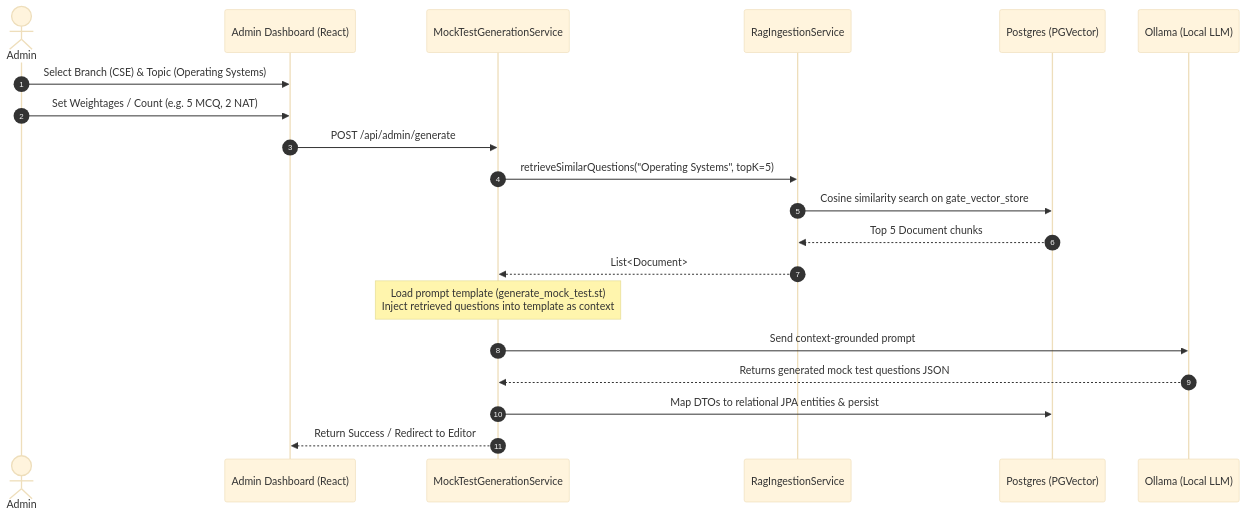
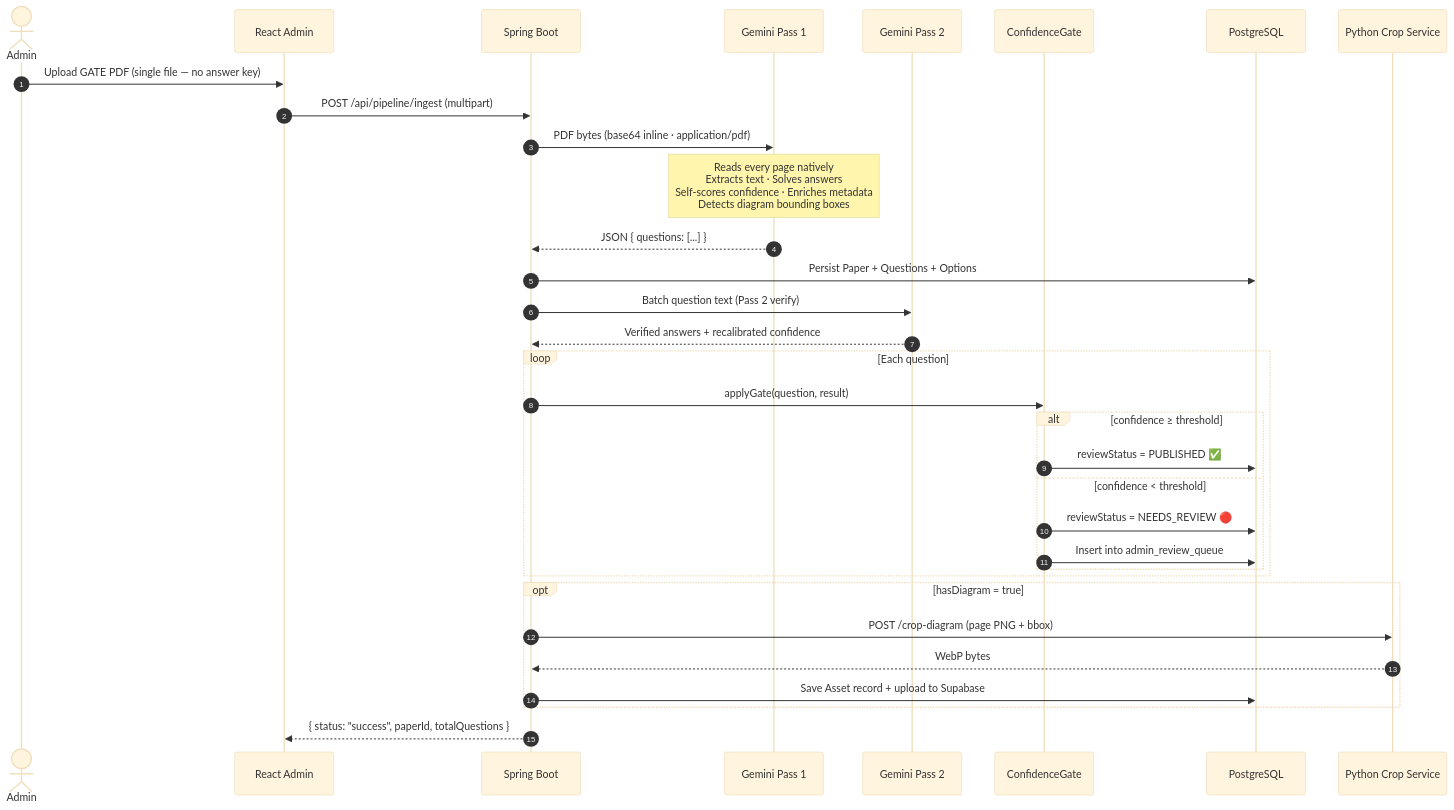
The third of 3 diagrams in README.md (piyush118-b/GateMockAI), drawn with Mermaid (base theme) before and after one commit. The commit also changed other lines of this file and 61 other files, not shown here.

````diff
--- a/README.md
+++ b/README.md
@@ -279,27 +153,36 @@
 ```mermaid
 sequenceDiagram
     autonumber
     actor Admin
-    participant UI as Admin Dashboard (React)
-    participant Ctrl as MockTestGenerationService
-    participant RAG as RagIngestionService
-    participant DB as Postgres (PGVector)
-    participant LLM as Ollama (Local LLM)
-    
-    Admin->>UI: Select Branch (CSE) & Topic (Operating Systems)
-    Admin->>UI: Set Weightages / Count (e.g. 5 MCQ, 2 NAT)
-    UI->>Ctrl: POST /api/admin/generate
-    
-    Ctrl->>RAG: retrieveSimilarQuestions("Operating Systems", topK=5)
-    RAG->>DB: Cosine similarity search on gate_vector_store
-    DB-->>RAG: Top 5 Document chunks
-    RAG-->>Ctrl: List<Document>
-    
-    Note over Ctrl: Load prompt template (generate_mock_test.st)<br/>Inject retrieved questions into template as context
-    
-    Ctrl->>LLM: Send context-grounded prompt
-    LLM-->>Ctrl: Returns generated mock test questions JSON
-    
-    Ctrl->>DB: Map DTOs to relational JPA entities & persist
-    Ctrl-->>UI: Return Success / Redirect to Editor
+    participant UI as React Admin
+    participant API as Spring Boot
+    participant G1 as Gemini Pass 1
+    participant G2 as Gemini Pass 2
+    participant Gate as ConfidenceGate
+    participant DB as PostgreSQL
+    participant Crop as Python Crop Service
+
+    Admin->>UI: Upload GATE PDF (single file — no answer key)
+    UI->>API: POST /api/pipeline/ingest (multipart)
+    API->>G1: PDF bytes (base64 inline · application/pdf)
+    Note over G1: Reads every page natively<br/>Extracts text · Solves answers<br/>Self-scores confidence · Enriches metadata<br/>Detects diagram bounding boxes
+    G1-->>API: JSON { questions: [...] }
+    API->>DB: Persist Paper + Questions + Options
+    API->>G2: Batch question text (Pass 2 verify)
+    G2-->>API: Verified answers + recalibrated confidence
+    loop Each question
+        API->>Gate: applyGate(question, result)
+        alt confidence ≥ threshold
+            Gate->>DB: reviewStatus = PUBLISHED ✅
+        else confidence < threshold
+            Gate->>DB: reviewStatus = NEEDS_REVIEW 🔴
+            Gate->>DB: Insert into admin_review_queue
+        end
+    end
+    opt hasDiagram = true
+        API->>Crop: POST /crop-diagram (page PNG + bbox)
+        Crop-->>API: WebP bytes
+        API->>DB: Save Asset record + upload to Supabase
+    end
+    API-->>UI: { status: "success", paperId, totalQuestions }
 ```
````
